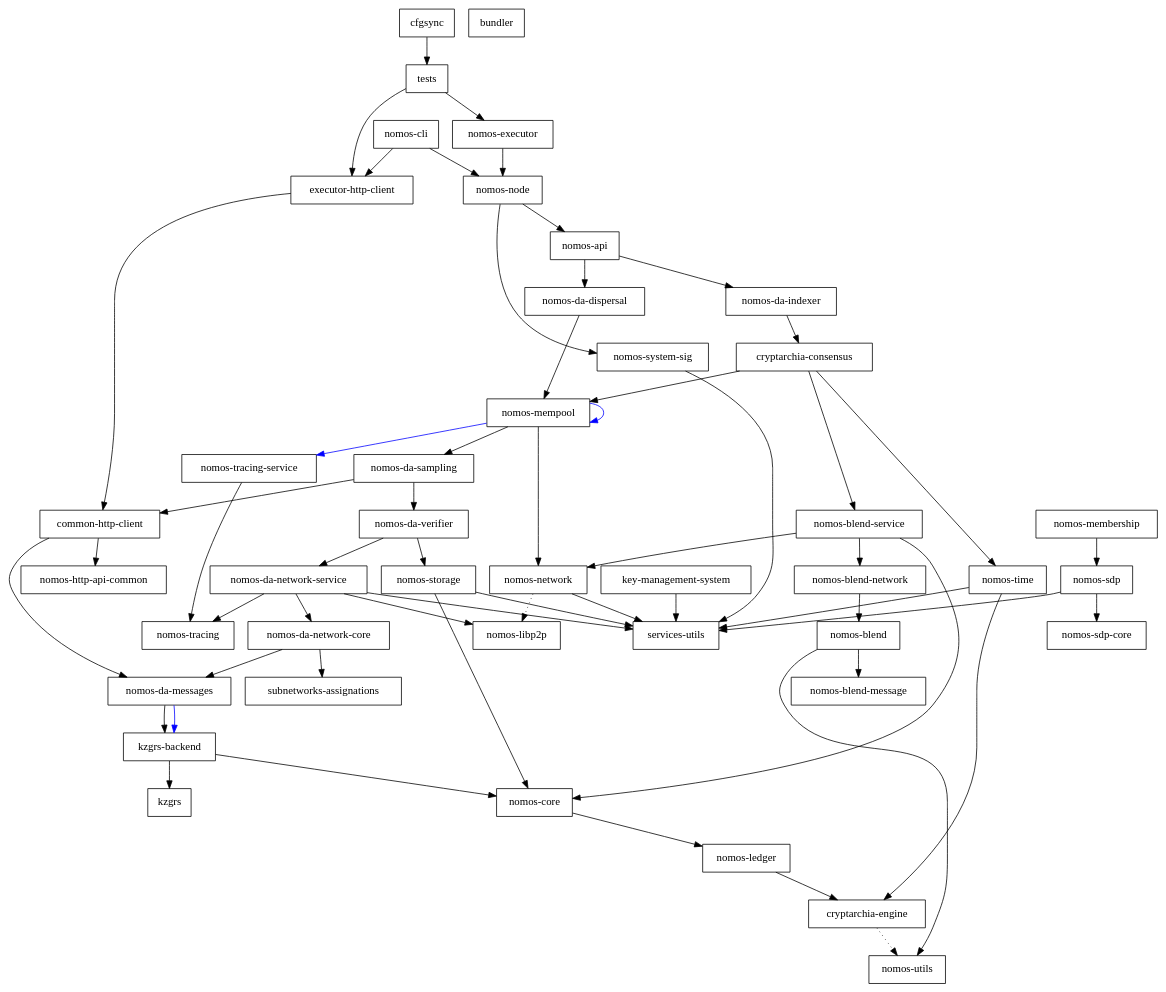
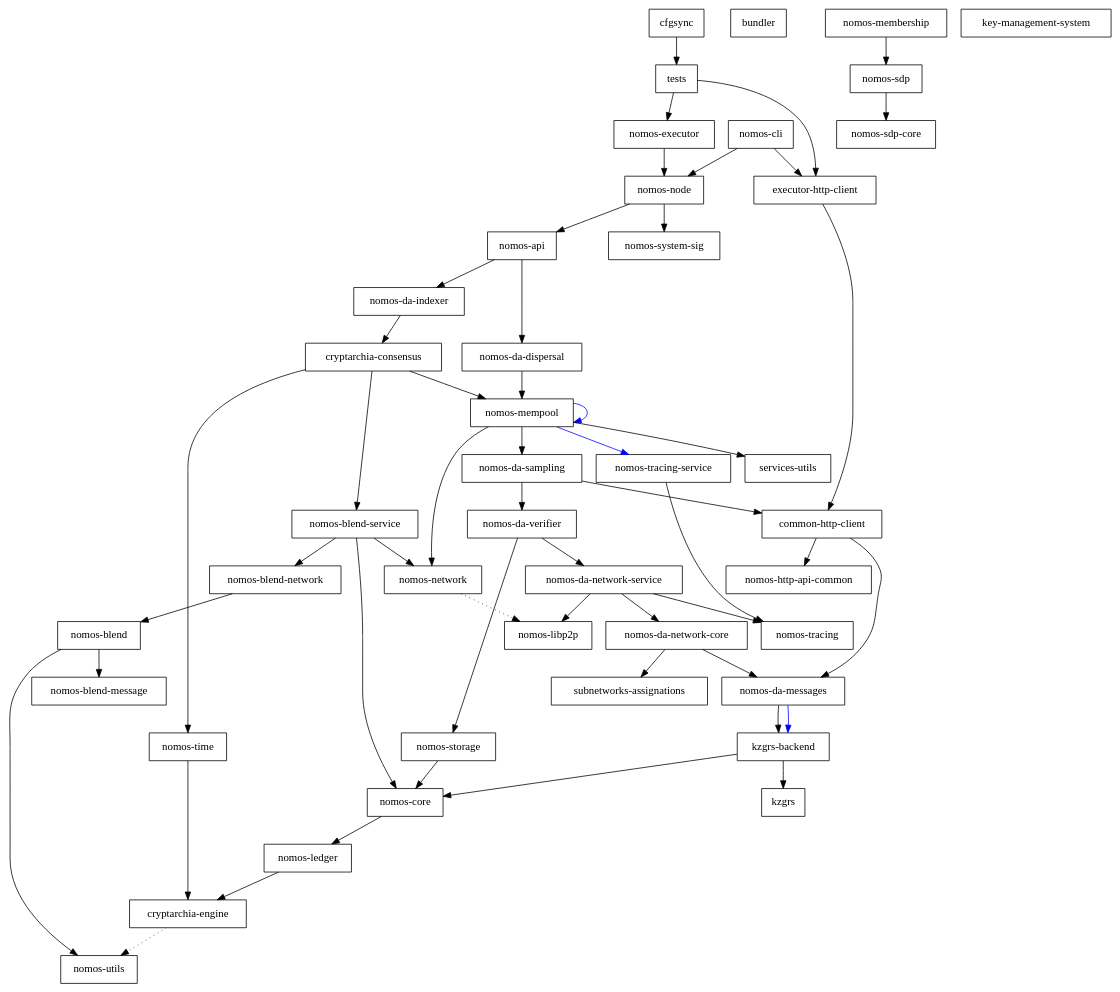
Before and after one commit to Astro521/logos-blockchain: the diagram in dependencies_graph.dot, drawn with Graphviz. The commit also changed 45 other files, not shown here.

```diff
--- a/dependencies_graph.dot
+++ b/dependencies_graph.dot
@@ -1,101 +1,95 @@
 digraph {
     0 [ label = "cryptarchia-engine" shape = box]
     1 [ label = "nomos-utils" shape = box]
     2 [ label = "nomos-ledger" shape = box]
     3 [ label = "nomos-http-api-common" shape = box]
     4 [ label = "nomos-executor" shape = box]
     5 [ label = "kzgrs-backend" shape = box]
     6 [ label = "kzgrs" shape = box]
     7 [ label = "nomos-core" shape = box]
     8 [ label = "nomos-api" shape = box]
     9 [ label = "cryptarchia-consensus" shape = box]
     10 [ label = "nomos-blend-service" shape = box]
     11 [ label = "nomos-blend" shape = box]
     12 [ label = "nomos-blend-message" shape = box]
     13 [ label = "nomos-blend-network" shape = box]
     14 [ label = "nomos-libp2p" shape = box]
     15 [ label = "nomos-network" shape = box]
-    16 [ label = "services-utils" shape = box]
-    17 [ label = "nomos-da-sampling" shape = box]
-    18 [ label = "common-http-client" shape = box]
-    19 [ label = "nomos-da-messages" shape = box]
-    20 [ label = "nomos-da-network-core" shape = box]
-    21 [ label = "subnetworks-assignations" shape = box]
-    22 [ label = "nomos-da-network-service" shape = box]
-    23 [ label = "nomos-tracing" shape = box]
-    24 [ label = "nomos-da-verifier" shape = box]
-    25 [ label = "nomos-storage" shape = box]
-    26 [ label = "nomos-mempool" shape = box]
+    16 [ label = "nomos-da-sampling" shape = box]
+    17 [ label = "common-http-client" shape = box]
+    18 [ label = "nomos-da-messages" shape = box]
+    19 [ label = "nomos-da-network-core" shape = box]
+    20 [ label = "subnetworks-assignations" shape = box]
+    21 [ label = "nomos-da-network-service" shape = box]
+    22 [ label = "nomos-tracing" shape = box]
+    23 [ label = "nomos-da-verifier" shape = box]
+    24 [ label = "nomos-storage" shape = box]
+    25 [ label = "nomos-mempool" shape = box]
+    26 [ label = "services-utils" shape = box]
     27 [ label = "nomos-tracing-service" shape = box]
     28 [ label = "nomos-time" shape = box]
     29 [ label = "nomos-da-dispersal" shape = box]
     30 [ label = "nomos-da-indexer" shape = box]
     31 [ label = "nomos-node" shape = box]
     32 [ label = "nomos-system-sig" shape = box]
     33 [ label = "executor-http-client" shape = box]
     34 [ label = "bundler" shape = box]
     35 [ label = "nomos-cli" shape = box]
     36 [ label = "nomos-sdp-core" shape = box]
     37 [ label = "key-management-system" shape = box]
     38 [ label = "nomos-membership" shape = box]
     39 [ label = "nomos-sdp" shape = box]
     40 [ label = "cfgsync" shape = box]
     41 [ label = "tests" shape = box]
     0 -> 1 [ style = dotted]
     2 -> 0 [ ]
     4 -> 31 [ ]
     5 -> 6 [ ]
     5 -> 7 [ ]
     7 -> 2 [ ]
     8 -> 29 [ ]
     8 -> 30 [ ]
     9 -> 10 [ ]
-    9 -> 26 [ ]
+    9 -> 25 [ ]
     9 -> 28 [ ]
     10 -> 13 [ ]
     10 -> 7 [ ]
     10 -> 15 [ ]
     11 -> 12 [ ]
     11 -> 1 [ ]
     13 -> 11 [ ]
     15 -> 14 [ style = dotted]
-    15 -> 16 [ ]
+    16 -> 17 [ ]
+    16 -> 23 [ ]
     17 -> 18 [ ]
-    17 -> 24 [ ]
-    18 -> 19 [ ]
-    18 -> 3 [ ]
-    19 -> 5 [ ]
-    19 -> 5 [ color = blue]
-    20 -> 19 [ ]
-    20 -> 21 [ ]
-    22 -> 20 [ ]
-    22 -> 14 [ ]
-    22 -> 23 [ ]
-    22 -> 16 [ ]
-    24 -> 22 [ ]
-    24 -> 25 [ ]
-    25 -> 7 [ ]
+    17 -> 3 [ ]
+    18 -> 5 [ ]
+    18 -> 5 [ color = blue]
+    19 -> 18 [ ]
+    19 -> 20 [ ]
+    21 -> 19 [ ]
+    21 -> 14 [ ]
+    21 -> 22 [ ]
+    23 -> 21 [ ]
+    23 -> 24 [ ]
+    24 -> 7 [ ]
     25 -> 16 [ ]
-    26 -> 17 [ ]
-    26 -> 26 [ color = blue]
-    26 -> 15 [ ]
-    26 -> 27 [ color = blue]
-    27 -> 23 [ ]
+    25 -> 25 [ color = blue]
+    25 -> 15 [ ]
+    25 -> 27 [ color = blue]
+    25 -> 26 [ ]
+    27 -> 22 [ ]
     28 -> 0 [ ]
-    28 -> 16 [ ]
-    29 -> 26 [ ]
+    29 -> 25 [ ]
     30 -> 9 [ ]
     31 -> 8 [ ]
     31 -> 32 [ ]
-    32 -> 16 [ ]
-    33 -> 18 [ ]
+    33 -> 17 [ ]
     35 -> 33 [ ]
     35 -> 31 [ ]
-    37 -> 16 [ ]
     38 -> 39 [ ]
     39 -> 36 [ ]
-    39 -> 16 [ ]
     40 -> 41 [ ]
     41 -> 33 [ ]
     41 -> 4 [ ]
 }
```
